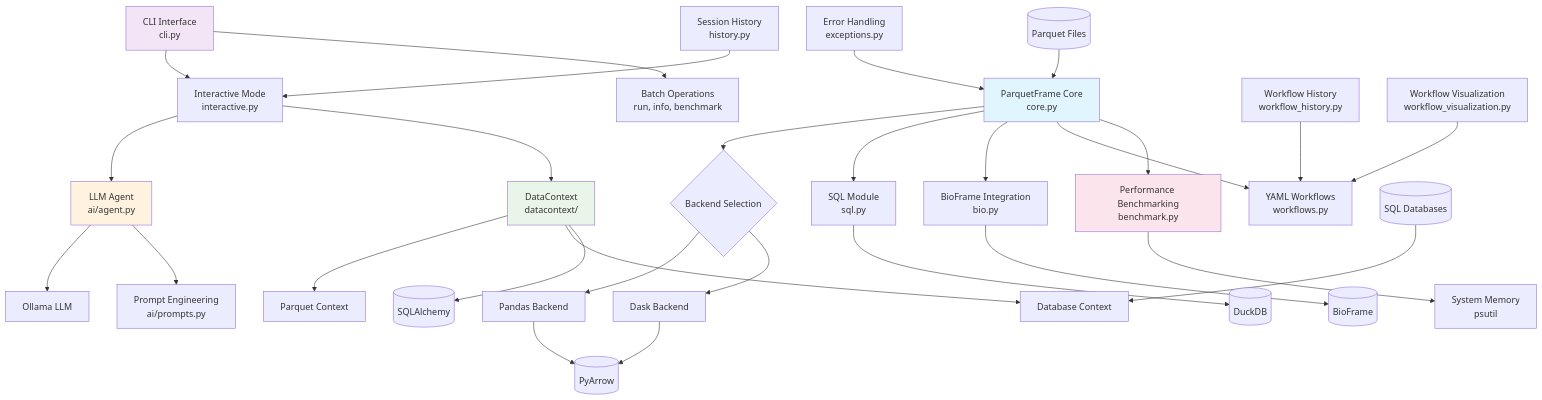
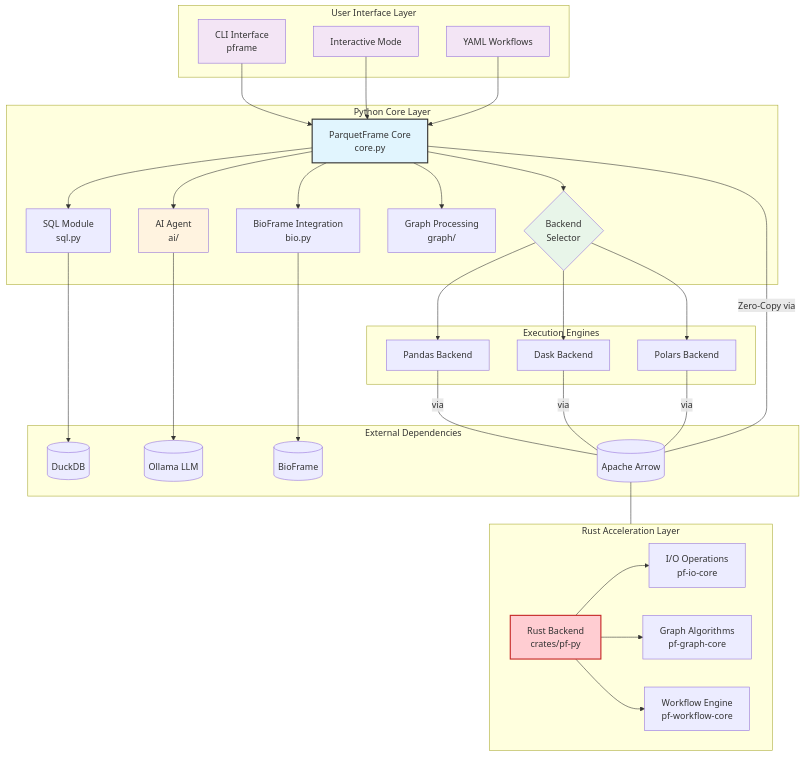
Before and after one commit to leechristophermurray/parquetframe: the diagram in architecture_diagram.md, drawn with Mermaid. The commit also changed other lines of this file and 3 other files, not shown here.

First line of the commit message:
docs(architecture): enhance system architecture documentation with comprehensive mermaid diagrams

````diff
--- a/architecture_diagram.md
+++ b/architecture_diagram.md
@@ -3,51 +3,78 @@
 ```mermaid
 graph TB
-    %% User Interface Layer
-    CLI[CLI Interface<br/>cli.py] --> Interactive[Interactive Mode<br/>interactive.py]
-    CLI --> BatchOps[Batch Operations<br/>run, info, benchmark]
+    subgraph User Interface Layer
+        CLI[CLI Interface<br/>pframe]
+        Interactive[Interactive Mode]
+        Workflows[YAML Workflows]
+    end
 
-    %% Core Library Layer
-    Core[ParquetFrame Core<br/>core.py] --> BackendSwitch{Backend Selection}
-    BackendSwitch --> Pandas[Pandas Backend]
-    BackendSwitch --> Dask[Dask Backend]
+    subgraph Python Core Layer
+        Core[ParquetFrame Core<br/>core.py]
+        BackendSwitch{Backend<br/>Selector}
+        SQL[SQL Module<br/>sql.py]
+        Bio[BioFrame Integration<br/>bio.py]
+        Graph[Graph Processing<br/>graph/]
+        AI[AI Agent<br/>ai/]
+    end
 
-    %% Feature Modules
-    Core --> SQL[SQL Module<br/>sql.py]
-    Core --> Bio[BioFrame Integration<br/>bio.py]
-    Core --> Workflows[YAML Workflows<br/>workflows.py]
+    subgraph Execution Engines
+        Pandas[Pandas Backend]
+        Dask[Dask Backend]
+        Polars[Polars Backend]
+    end
 
-    %% AI & Data Context
-    AI[LLM Agent<br/>ai/agent.py] --> Ollama[Ollama LLM]
-    AI --> Prompts[Prompt Engineering<br/>ai/prompts.py]
-    DataContext[DataContext<br/>datacontext/] --> ParquetContext[Parquet Context]
-    DataContext --> DatabaseContext[Database Context]
-    Interactive --> AI
-    Interactive --> DataContext
+    subgraph Rust Acceleration Layer
+        direction LR
+        RustBackend[Rust Backend<br/>crates/pf-py]
+        RustIO[I/O Operations<br/>pf-io-core]
+        RustGraph[Graph Algorithms<br/>pf-graph-core]
+        RustWorkflow[Workflow Engine<br/>pf-workflow-core]
+    end
 
-    %% Performance & Benchmarking
-    Benchmark[Performance Benchmarking<br/>benchmark.py] --> SystemMetrics[System Memory<br/>psutil]
-    Core --> Benchmark
+    subgraph External Dependencies
+        DuckDB[(DuckDB)]
+        Ollama[(Ollama LLM)]
+        BioFrameLib[(BioFrame)]
+        PyArrow[(Apache Arrow)]
+    end
 
-    %% Supporting Modules
-    History[Session History<br/>history.py] --> Interactive
-    Exceptions[Error Handling<br/>exceptions.py] --> Core
-    WorkflowHistory[Workflow History<br/>workflow_history.py] --> Workflows
-    WorkflowViz[Workflow Visualization<br/>workflow_visualization.py] --> Workflows
+    %% Connections
+    CLI --> Core
+    Interactive --> Core
+    Workflows --> Core
 
-    %% External Dependencies
-    SQL --> DuckDB[(DuckDB)]
-    Bio --> BioFrame[(BioFrame)]
-    Pandas --> PyArrow[(PyArrow)]
-    Dask --> PyArrow
-    DataContext --> SQLAlchemy[(SQLAlchemy)]
+    Core --> BackendSwitch
+    BackendSwitch --> Pandas
+    BackendSwitch --> Dask
+    BackendSwitch --> Polars
 
-    %% Data Storage
-    ParquetFiles[(Parquet Files)] --> Core
-    Databases[(SQL Databases)] --> DatabaseContext
+    Core --> SQL
+    Core --> Bio
+    Core --> Graph
+    Core --> AI
 
-    style Core fill:#e1f5fe
+    SQL --> DuckDB
+    Bio --> BioFrameLib
+    AI --> Ollama
+
+    %% Data Flow & Interop
+    Pandas -- via --- PyArrow
+    Dask -- via --- PyArrow
+    Polars -- via --- PyArrow
+    Core -- Zero-Copy via --- PyArrow
+    PyArrow --- RustBackend
+
+    %% Rust Backend Connections
+    RustBackend --> RustIO
+    RustBackend --> RustGraph
+    RustBackend --> RustWorkflow
+
+    %% Styling
+    style Core fill:#e1f5fe,stroke:#333,stroke-width:2px
+    style RustBackend fill:#ffcdd2,stroke:#c62828,stroke-width:2px
     style CLI fill:#f3e5f5
+    style Interactive fill:#f3e5f5
+    style Workflows fill:#f3e5f5
     style AI fill:#fff3e0
-    style DataContext fill:#e8f5e8
-    style Benchmark fill:#fce4ec
+    style BackendSwitch fill:#e8f5e9
 ```
````
